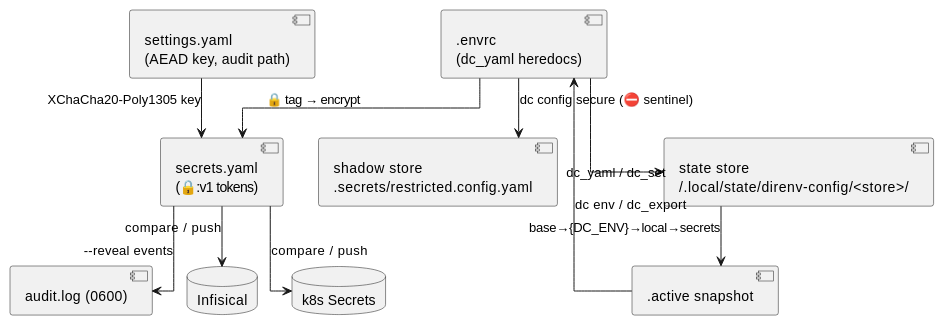
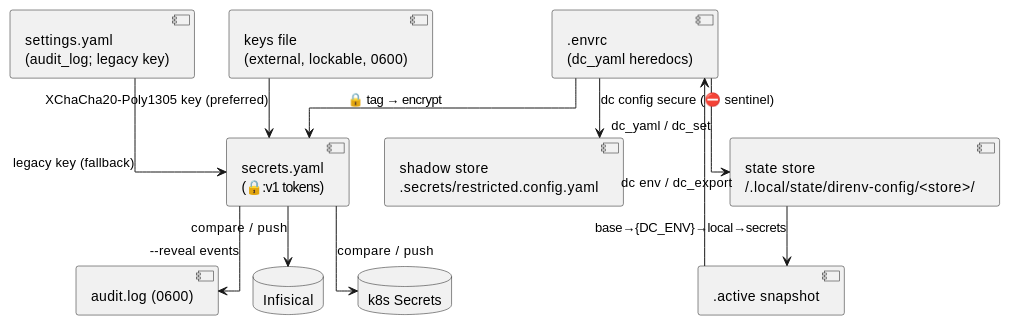
One commit to the-robot-lives/direnv-config changed the second of 2 diagrams in docs/PROJ-SCHEMA.md. Above: the diagram before and after it, drawn with PlantUML. The commit also changed other lines of this file and 8 other files, not shown here.

Commit message:
docs: refresh layout/schema/arch + add threat model (2026-10-07 fleet sweep)

````diff
--- a/docs/PROJ-SCHEMA.md
+++ b/docs/PROJ-SCHEMA.md
@@ -24,25 +25,27 @@
 ```plantuml
 @startuml
 skinparam linetype ortho
 
 component ".envrc\n(dc_yaml heredocs)" as envrc
 component "state store\n~/.local/state/direnv-config/<store>/" as store
 component ".active snapshot" as active
 component "secrets.yaml\n(🔒:v1 tokens)" as secrets
 component "shadow store\n.secrets/restricted.config.yaml" as shadow
-component "settings.yaml\n(AEAD key, audit path)" as settings
+component "settings.yaml\n(audit_log; legacy key)" as settings
+component "keys file\n(external, lockable, 0600)" as keyfile
 component "audit.log (0600)" as audit
 database "Infisical" as infisical
 database "k8s Secrets" as k8s
 
 envrc --> store : dc_yaml / dc_set
 envrc --> secrets : 🔒 tag → encrypt
 envrc --> shadow : dc config secure (⛔ sentinel)
 store --> active : base→{DC_ENV}→local→secrets
 active --> envrc : dc env / dc_export
 secrets --> infisical : compare / push
 secrets --> k8s : compare / push
-settings --> secrets : XChaCha20-Poly1305 key
+settings --> secrets : legacy key (fallback)
+keyfile --> secrets : XChaCha20-Poly1305 key (preferred)
 secrets --> audit : --reveal events
 @enduml
 ```
````
